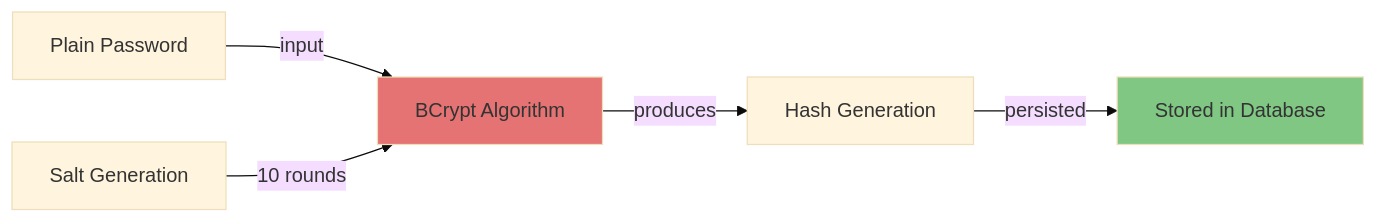
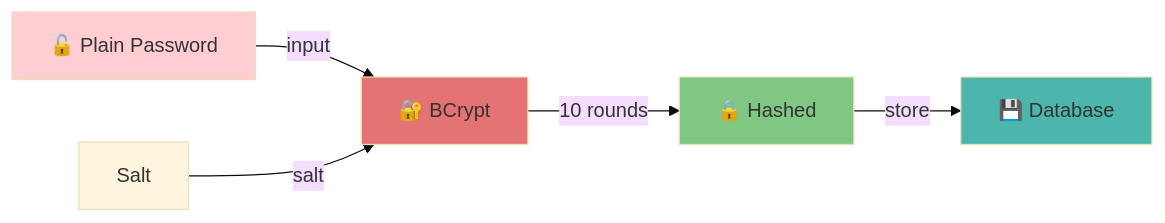
One commit to daoductam/reusable-auth-backend changed the ninth of 11 diagrams in README.md. Above: the diagram before and after it, drawn with Mermaid (base theme). The commit also changed other lines of this file, not shown here.

````diff
--- a/README.md
+++ b/README.md
@@ -781,16 +820,18 @@
 ```mermaid
 graph LR
-    A["Plain Password"]
-    B["BCrypt Algorithm"]
-    C["Salt Generation"]
-    D["Hash Generation"]
-    E["Stored in Database"]
+    A["🔓 Plain Password"]
+    B["🔐 BCrypt"]
+    C["Salt"]
+    D["🔒 Hashed"]
+    E["💾 Database"]
     
     A -->|input| B
-    C -->|10 rounds| B
-    B -->|produces| D
-    D -->|persisted| E
+    C -->|salt| B
+    B -->|10 rounds| D
+    D -->|store| E
     
+    style A fill:#ffcdd2
     style B fill:#e57373
-    style E fill:#81c784
+    style D fill:#81c784
+    style E fill:#4db6ac
 ```
````
